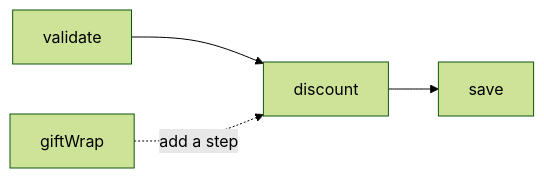
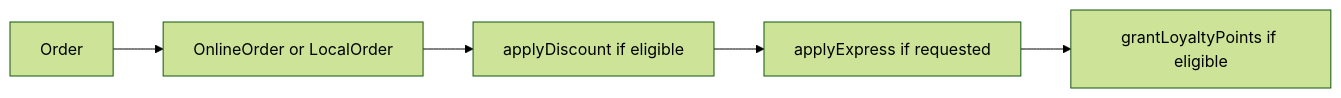
One commit to JohannesKlauss/functional-domain-modeling changed the fifth of 5 diagrams in slides.md. Above: the diagram before and after it, drawn with Mermaid (forest theme). The commit also changed other lines of this file, not shown here.

````diff
--- a/slides.md
+++ b/slides.md
@@ -81,5 +133,7 @@
 ```mermaid
 flowchart LR
-  Validate[validate] --> Discount[discount] --> Save[save]
-  Gift[giftWrap] -. add a step .-> Discount
+  Order[Order] --> Channel[OnlineOrder or LocalOrder]
+  Channel --> Discount[applyDiscount if eligible]
+  Discount --> Express[applyExpress if requested]
+  Express --> Loyalty[grantLoyaltyPoints if eligible]
 ```
````
